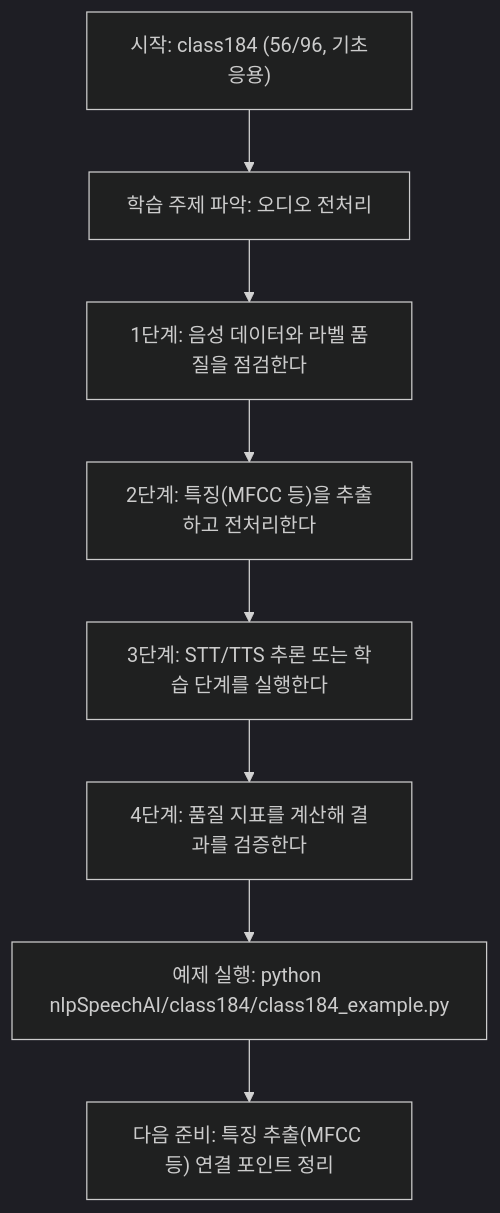
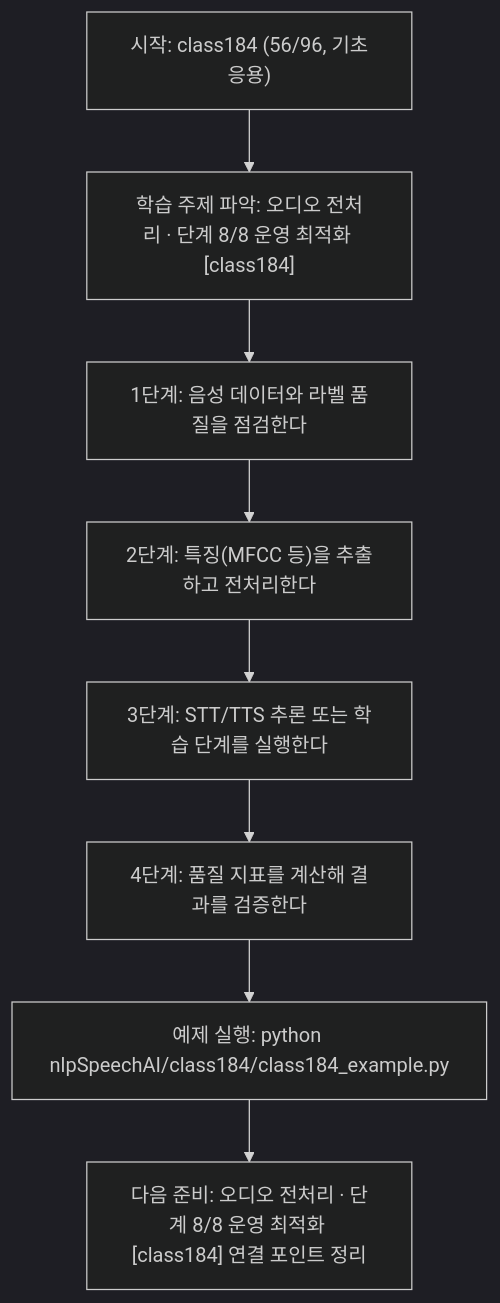
One commit to edumgt/Python-AI_Agent-Class changed the diagram in nlpSpeechAI/class184/class184.md. Above: the diagram before and after it, drawn with Mermaid (dark theme). The commit also changed other lines of this file and 522 other files, not shown here.

````diff
--- a/nlpSpeechAI/class184/class184.md
+++ b/nlpSpeechAI/class184/class184.md
@@ -112,18 +113,18 @@
 ```mermaid
 flowchart TD
 N1["시작: class184 (56/96, 기초응용)"]
-N2["학습 주제 파악: 오디오 전처리"]
+N2["학습 주제 파악: 오디오 전처리 · 단계 8/8 운영 최적화 [class184]"]
 N3["1단계: 음성 데이터와 라벨 품질을 점검한다"]
 N4["2단계: 특징(MFCC 등)을 추출하고 전처리한다"]
 N5["3단계: STT/TTS 추론 또는 학습 단계를 실행한다"]
 N6["4단계: 품질 지표를 계산해 결과를 검증한다"]
 N7["예제 실행: python nlpSpeechAI/class184/class184_example.py"]
-N8["다음 준비: 특징 추출(MFCC 등) 연결 포인트 정리"]
+N8["다음 준비: 오디오 전처리 · 단계 8/8 운영 최적화 [class184] 연결 포인트 정리"]
 N1 --> N2
 N2 --> N3
 N3 --> N4
 N4 --> N5
 N5 --> N6
 N6 --> N7
 N7 --> N8
 ```
````
